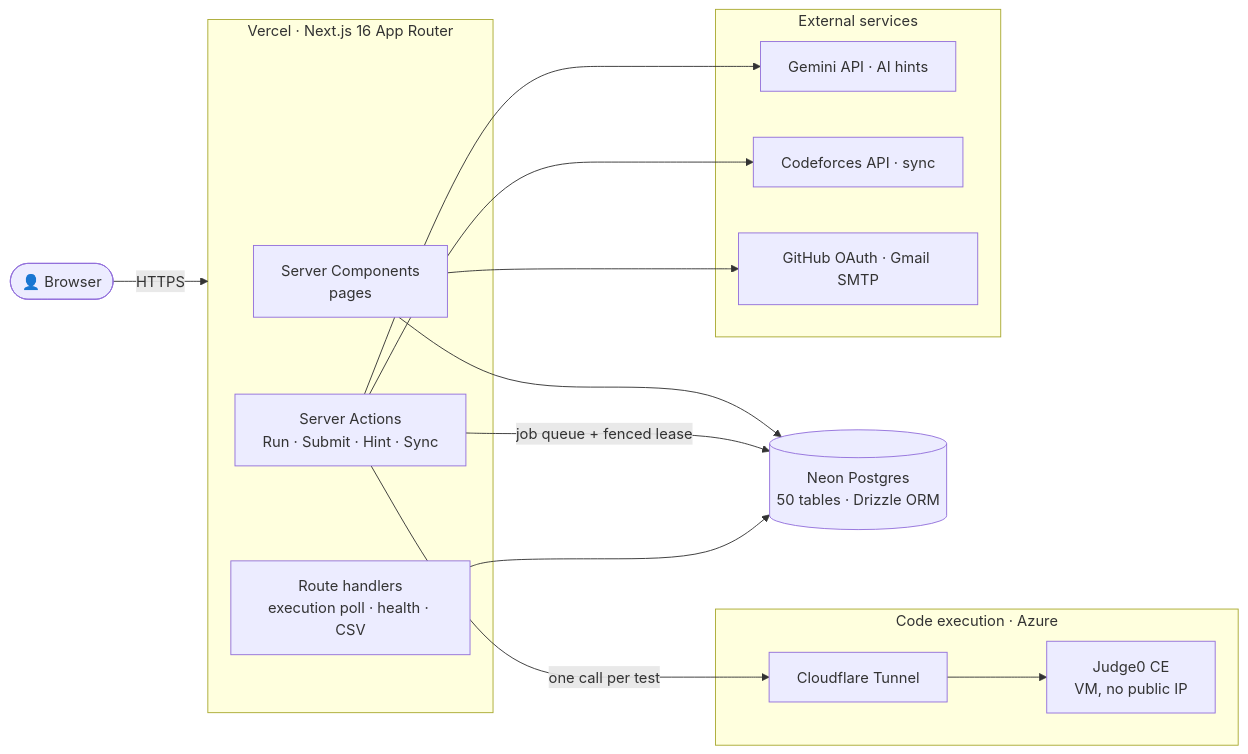
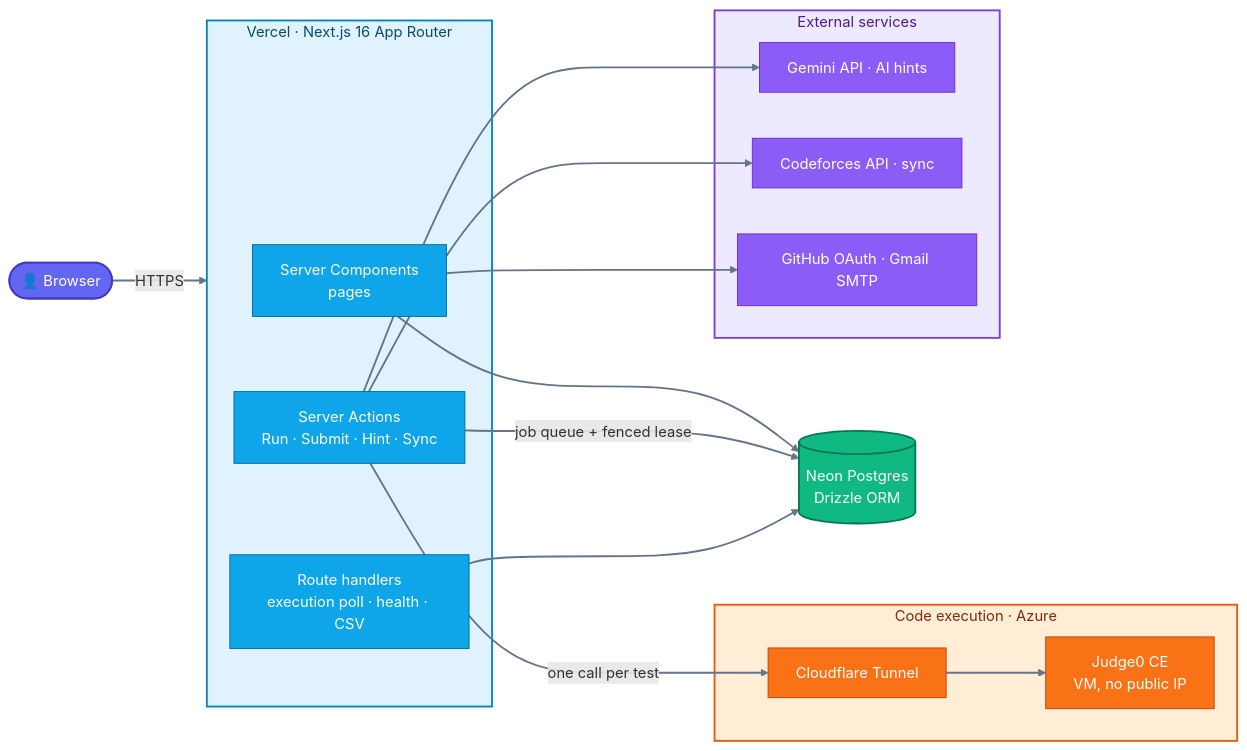
Before and after one commit to vikramyadav1404/quadrantcode: the first of 4 diagrams in README.md, drawn with Mermaid. The commit also changed other lines of this file, not shown here.

Commit message:
docs(readme): coloured diagrams, test-case button

````diff
--- a/README.md
+++ b/README.md
@@ -70,31 +70,46 @@
 ```mermaid
 flowchart LR
     U(["👤 Browser"])
 
     subgraph APP["Vercel · Next.js 16 App Router"]
         P["Server Components<br/>pages"]
         A["Server Actions<br/>Run · Submit · Hint · Sync"]
         R["Route handlers<br/>execution poll · health · CSV"]
     end
 
-    DB[("Neon Postgres<br/>50 tables · Drizzle ORM")]
+    DB[("Neon Postgres<br/>Drizzle ORM")]
 
     subgraph EXEC["Code execution · Azure"]
         CF["Cloudflare Tunnel"] --> J["Judge0 CE<br/>VM, no public IP"]
     end
 
     subgraph EXT["External services"]
         G["Gemini API · AI hints"]
         CFAPI["Codeforces API · sync"]
         AUTH["GitHub OAuth · Gmail SMTP"]
     end
 
     U -->|HTTPS| APP
     P --> DB
     A -->|"job queue + fenced lease"| DB
     R --> DB
     A -->|"one call per test"| CF
     A --> G
     A --> CFAPI
     P --> AUTH
+
+    classDef user fill:#6366f1,stroke:#4338ca,color:#ffffff,stroke-width:2px
+    classDef app fill:#0ea5e9,stroke:#0369a1,color:#ffffff
+    classDef db fill:#10b981,stroke:#047857,color:#ffffff,stroke-width:2px
+    classDef exec fill:#f97316,stroke:#c2410c,color:#ffffff
+    classDef ext fill:#8b5cf6,stroke:#6d28d9,color:#ffffff
+    class U user
+    class P,A,R app
+    class DB db
+    class CF,J exec
+    class G,CFAPI,AUTH ext
+    style APP fill:#e0f2fe,stroke:#0284c7,stroke-width:2px,color:#0c4a6e
+    style EXEC fill:#ffedd5,stroke:#ea580c,stroke-width:2px,color:#7c2d12
+    style EXT fill:#ede9fe,stroke:#7c3aed,stroke-width:2px,color:#4c1d95
+    linkStyle default stroke:#64748b,stroke-width:2px
 ```
````
